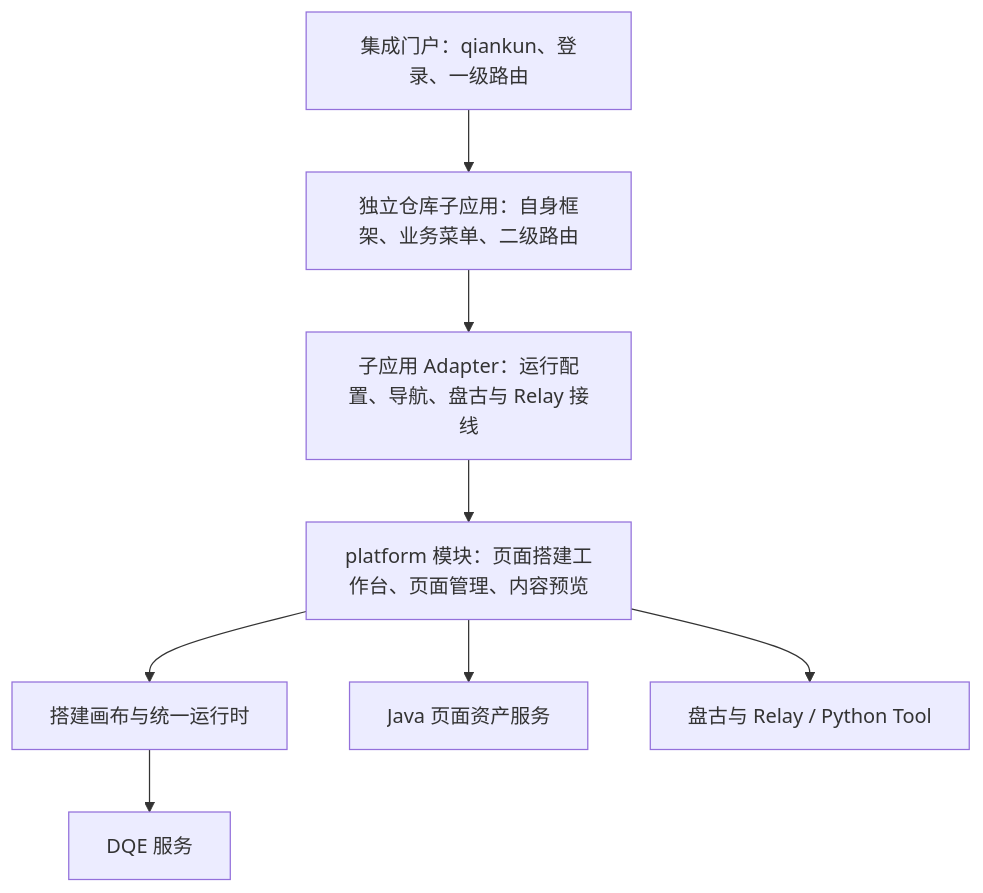
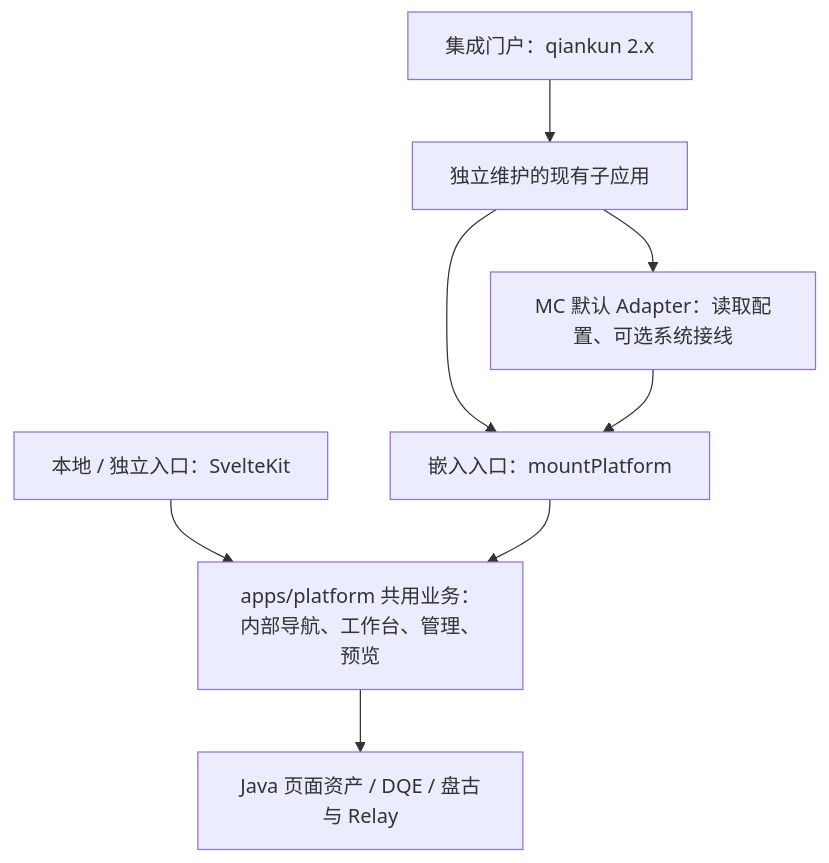
The diagram in docs/plan/qiankun-platform/integration-plan.md (CCharlesMeng/MetricCanvas), drawn with Mermaid before and after one commit. The commit also changed other lines of this file and 3 other files, not shown here.

````diff
--- a/docs/plan/qiankun-platform/integration-plan.md
+++ b/docs/plan/qiankun-platform/integration-plan.md
@@ -11,17 +22,14 @@
 ```mermaid
 flowchart TB
-  Portal[集成门户：qiankun、登录、一级路由]
-  Child[独立仓库子应用：自身框架、业务菜单、二级路由]
-  Adapter[子应用 Adapter：运行配置、导航、盘古与 Relay 接线]
-  Platform[platform 模块：页面搭建工作台、页面管理、内容预览]
-  Engine[搭建画布与统一运行时]
-  Java[Java 页面资产服务]
-  DQE[DQE 服务]
-  Relay[盘古与 Relay / Python Tool]
-  Portal --> Child
-  Child --> Adapter --> Platform
-  Platform --> Engine
-  Platform --> Java
-  Engine --> DQE
-  Platform --> Relay
+  Local[本地 / 独立入口：SvelteKit]
+  Portal[集成门户：qiankun 2.x]
+  Child[独立维护的现有子应用]
+  Entry[嵌入入口：mountPlatform]
+  Factory[MC 默认 Adapter：读取配置、可选系统接线]
+  Shared[apps/platform 共用业务：内部导航、工作台、管理、预览]
+  Services[Java 页面资产 / DQE / 盘古与 Relay]
+  Local --> Shared
+  Portal --> Child --> Entry --> Shared
+  Child --> Factory --> Entry
+  Shared --> Services
 ```
````
